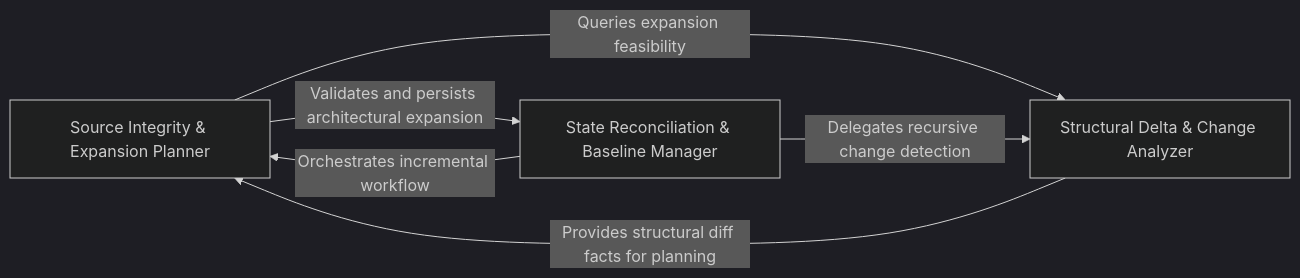
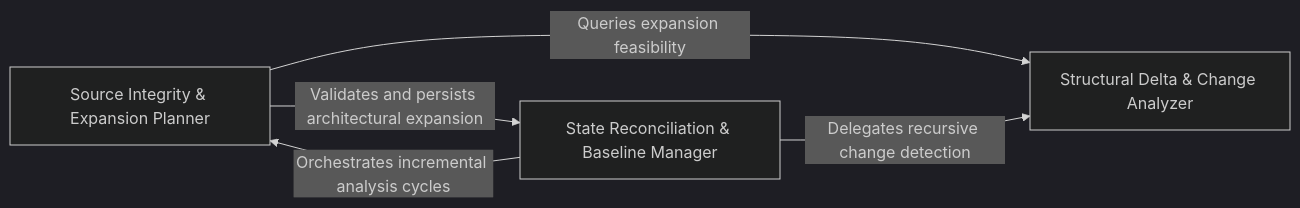
The diagram in .codeboarding/Incremental_State_Structural_Planner.md (CodeBoarding/CodeBoarding), drawn with Mermaid (dark theme) before and after one commit. The commit also changed other lines of this file and 22 other files, not shown here.

Commit message:
chore(codeboarding): sync architecture baseline

````diff
--- a/.codeboarding/Incremental_State_Structural_Planner.md
+++ b/.codeboarding/Incremental_State_Structural_Planner.md
@@ -1,11 +1,10 @@
 ```mermaid
 graph LR
     Source_Integrity_Expansion_Planner["Source Integrity & Expansion Planner"]
     State_Reconciliation_Baseline_Manager["State Reconciliation & Baseline Manager"]
     Structural_Delta_Change_Analyzer["Structural Delta & Change Analyzer"]
     Source_Integrity_Expansion_Planner -- "Validates and persists architectural expansion" --> State_Reconciliation_Baseline_Manager
     Source_Integrity_Expansion_Planner -- "Queries expansion feasibility" --> Structural_Delta_Change_Analyzer
-    State_Reconciliation_Baseline_Manager -- "Orchestrates incremental workflow" --> Source_Integrity_Expansion_Planner
+    State_Reconciliation_Baseline_Manager -- "Orchestrates incremental analysis cycles" --> Source_Integrity_Expansion_Planner
     State_Reconciliation_Baseline_Manager -- "Delegates recursive change detection" --> Structural_Delta_Change_Analyzer
-    Structural_Delta_Change_Analyzer -- "Provides structural diff facts for planning" --> Source_Integrity_Expansion_Planner
 ```
````
